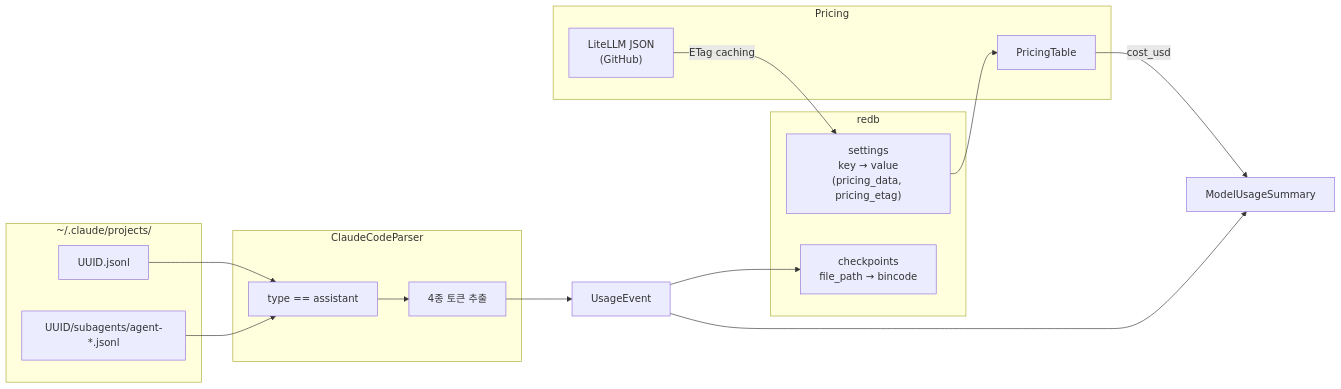
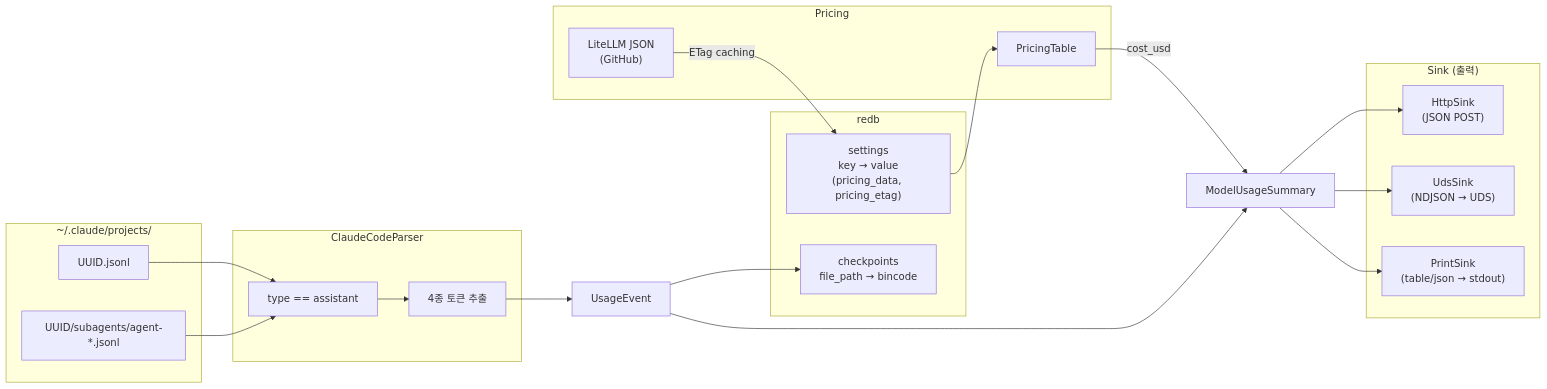
The fourth of 4 diagrams in README.md (korjwl1/toki), drawn with Mermaid before and after one commit. The commit also changed other lines of this file and 8 other files, not shown here.

First line of the commit message:
Add sink abstraction with UDS and HTTP output support

````diff
--- a/README.md
+++ b/README.md
@@ -359,32 +378,42 @@
 ```mermaid
 flowchart LR
     subgraph Source["~/.claude/projects/"]
         jsonl1["UUID.jsonl"]
         jsonl2["UUID/subagents/agent-*.jsonl"]
     end
 
     subgraph Parser["ClaudeCodeParser"]
         filter["type == assistant"]
         extract["4종 토큰 추출"]
     end
 
     subgraph Storage["redb"]
         cp["checkpoints\nfile_path → bincode"]
         st["settings\nkey → value\n(pricing_data, pricing_etag)"]
     end
 
     subgraph Pricing["Pricing"]
         litellm["LiteLLM JSON\n(GitHub)"]
         ptable["PricingTable"]
     end
 
     jsonl1 --> filter
     jsonl2 --> filter
     filter --> extract
     extract --> event["UsageEvent"]
     event --> summary["ModelUsageSummary"]
     event --> cp
     litellm -->|"ETag caching"| st
     st --> ptable
     ptable -->|"cost_usd"| summary
+
+    subgraph Sink["Sink (출력)"]
+        print["PrintSink\n(table/json → stdout)"]
+        uds["UdsSink\n(NDJSON → UDS)"]
+        http["HttpSink\n(JSON POST)"]
+    end
+
+    summary --> print
+    summary --> uds
+    summary --> http
 ```
````
